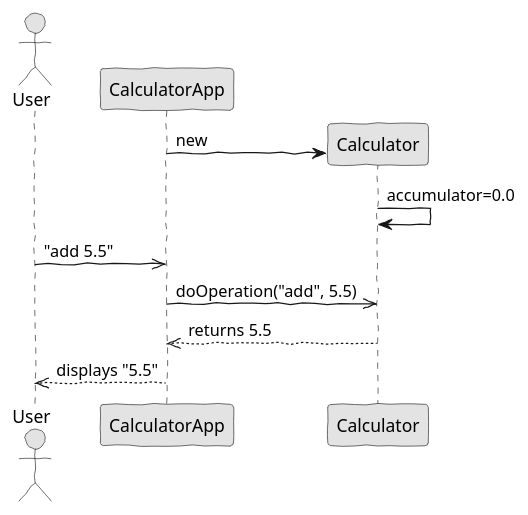
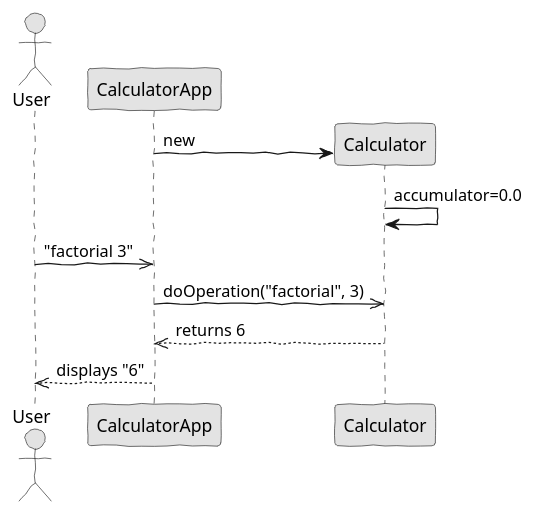
Before and after one commit to Wultyc/ISEP_2021_1A1S_ODSOFT: the diagram in calculator/src/main/puml/com/twu/calculator/sequence-diagram.puml, drawn with PlantUML.

Commit message:
upd sequence diagram

```diff
--- a/calculator/src/main/puml/com/twu/calculator/sequence-diagram.puml
+++ b/calculator/src/main/puml/com/twu/calculator/sequence-diagram.puml
@@ -1,22 +1,22 @@
 @startuml class-diagram.png
 skinparam handwritten true
 skinparam monochrome true
 skinparam packageStyle rect
 skinparam defaultFontName FG Virgil
 skinparam shadowing false
 
 actor User
 participant CalculatorApp
 participant Calculator
 
 create Calculator
 CalculatorApp -> Calculator : new
 Calculator -> Calculator : accumulator=0.0
 
-User ->> CalculatorApp : "add 5.5"
-CalculatorApp ->> Calculator : doOperation("add", 5.5)
-CalculatorApp <<-- Calculator : returns 5.5
-User <<-- CalculatorApp : displays "5.5"
+User ->> CalculatorApp : "factorial 3"
+CalculatorApp ->> Calculator : doOperation("factorial", 3)
+CalculatorApp <<-- Calculator : returns 6
+User <<-- CalculatorApp : displays "6"
 
 
 @enduml
```
